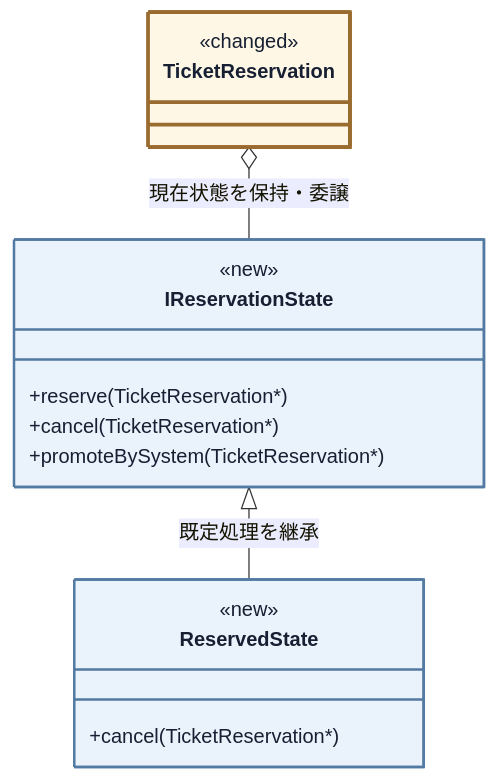
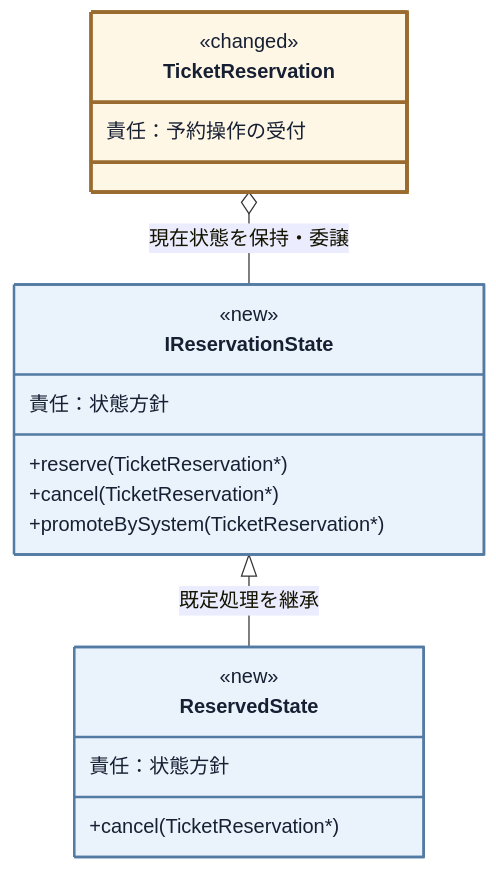
Diagram 13 of 21 in kindle/design-patterns/books/volume01-core-patterns/output/04-chapter02.md (kumachan1101-pixel/DesignPattern), drawn with Mermaid before and after one commit. The commit also changed other lines of this file and 19 other files, not shown here.

````diff
--- a/kindle/design-patterns/books/volume01-core-patterns/output/04-chapter02.md
+++ b/kindle/design-patterns/books/volume01-core-patterns/output/04-chapter02.md
@@ -1552,22 +1545,25 @@
 ```mermaid
 classDiagram
     direction TB
     class TicketReservation:::touched {
         <<changed>>
+        責任：予約操作の受付
     }
     class IReservationState:::added {
         <<new>>
+        責任：状態方針
         +reserve(TicketReservation*)
         +cancel(TicketReservation*)
         +promoteBySystem(TicketReservation*)
     }
     class ReservedState:::added {
         <<new>>
+        責任：状態方針
         +cancel(TicketReservation*)
     }
     TicketReservation o-- IReservationState : 現在状態を保持・委譲
     IReservationState <|-- ReservedState : 既定処理を継承
 
     classDef added fill:#eaf2fb,stroke:#527aa3,stroke-width:2px,color:#172033;
     classDef touched fill:#fff7e6,stroke:#9a6b2f,stroke-width:3px,color:#172033;
 ```
````
